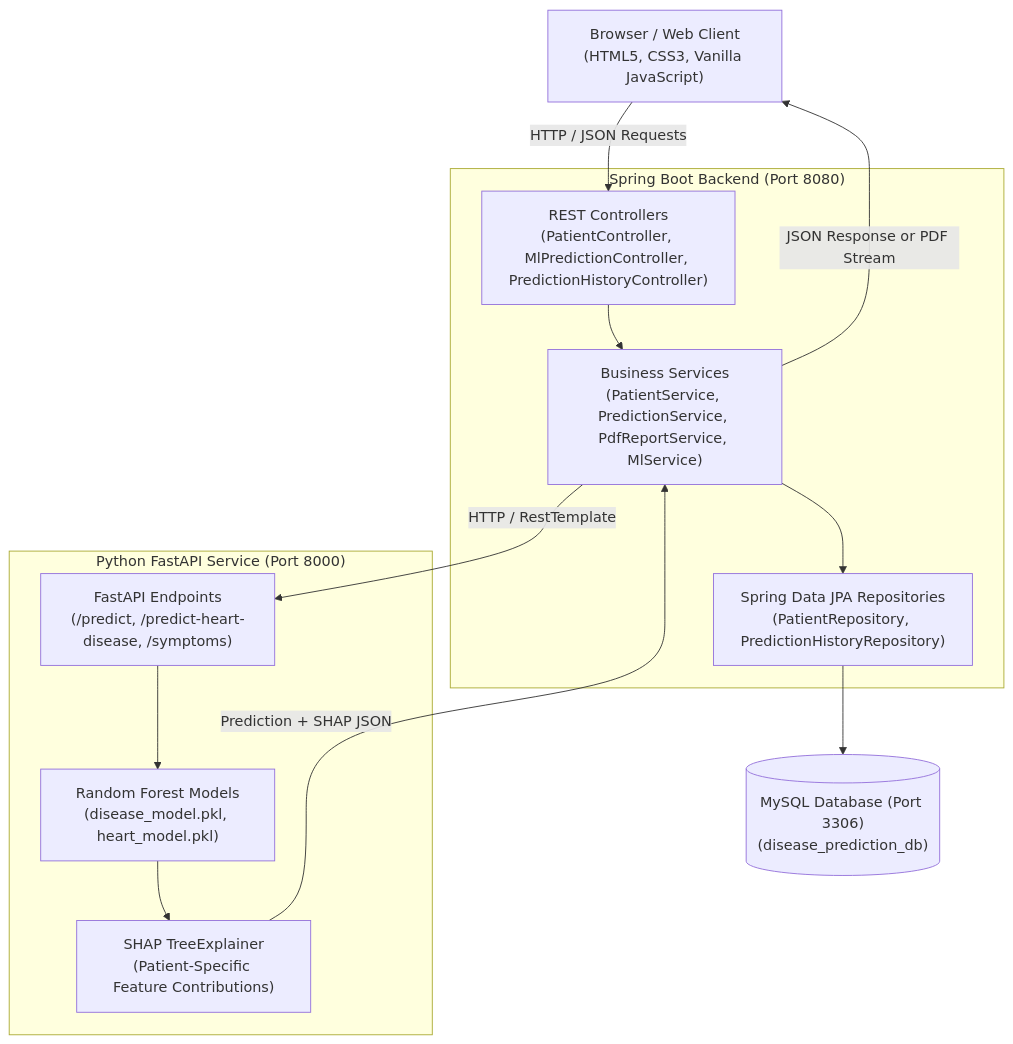
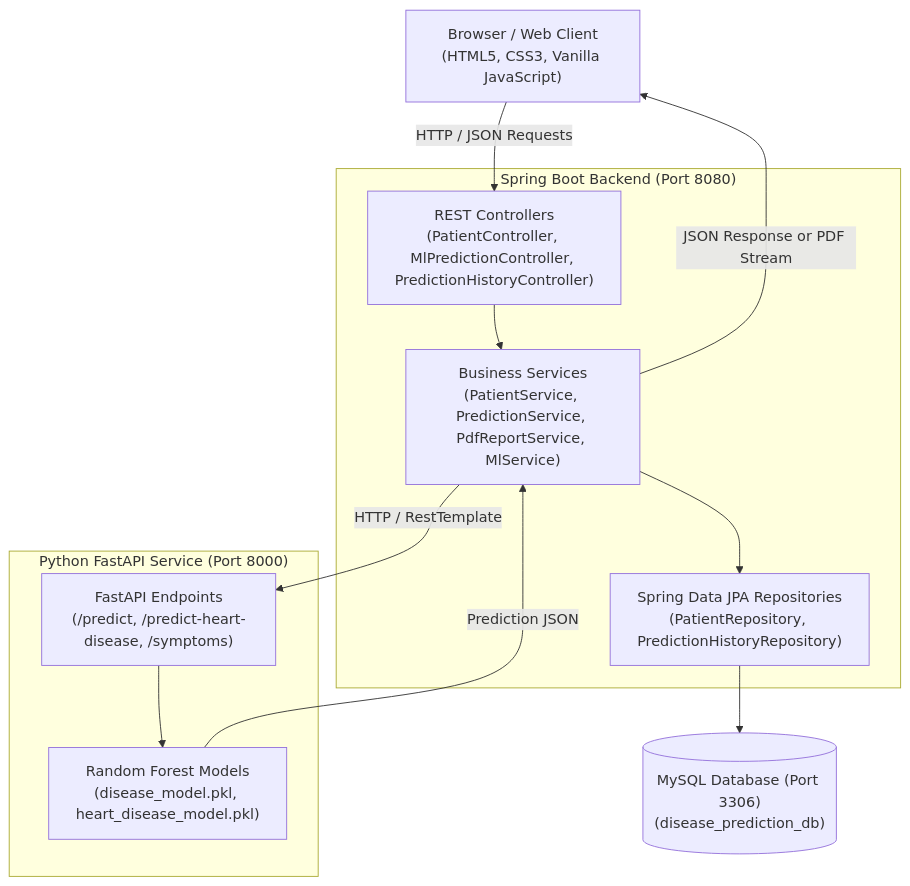
One commit to Patelarfat/disease-prediction-springboot changed the first of 2 diagrams in README.md. Above: the diagram before and after it, drawn with Mermaid. The commit also changed other lines of this file and 16 other files, not shown here.

````diff
--- a/README.md
+++ b/README.md
@@ -43,28 +42,26 @@
 ```mermaid
 flowchart TD
     Client["Browser / Web Client\n(HTML5, CSS3, Vanilla JavaScript)"]
     
     subgraph SpringBootApp["Spring Boot Backend (Port 8080)"]
         Controllers["REST Controllers\n(PatientController, MlPredictionController, PredictionHistoryController)"]
         Services["Business Services\n(PatientService, PredictionService, PdfReportService, MlService)"]
         Repositories["Spring Data JPA Repositories\n(PatientRepository, PredictionHistoryRepository)"]
     end
     
     Database[("MySQL Database (Port 3306)\n(disease_prediction_db)")]
     
     subgraph PythonML["Python FastAPI Service (Port 8000)"]
         FastAPI["FastAPI Endpoints\n(/predict, /predict-heart-disease, /symptoms)"]
-        RFModel["Random Forest Models\n(disease_model.pkl, heart_model.pkl)"]
-        SHAP["SHAP TreeExplainer\n(Patient-Specific Feature Contributions)"]
+        RFModel["Random Forest Models\n(disease_model.pkl, heart_disease_model.pkl)"]
     end
 
     Client -->|HTTP / JSON Requests| Controllers
     Controllers --> Services
     Services --> Repositories
     Repositories --> Database
     Services -->|HTTP / RestTemplate| FastAPI
     FastAPI --> RFModel
-    RFModel --> SHAP
-    SHAP -->|Prediction + SHAP JSON| Services
+    RFModel -->|Prediction JSON| Services
     Services -->|JSON Response or PDF Stream| Client
 ```
````
